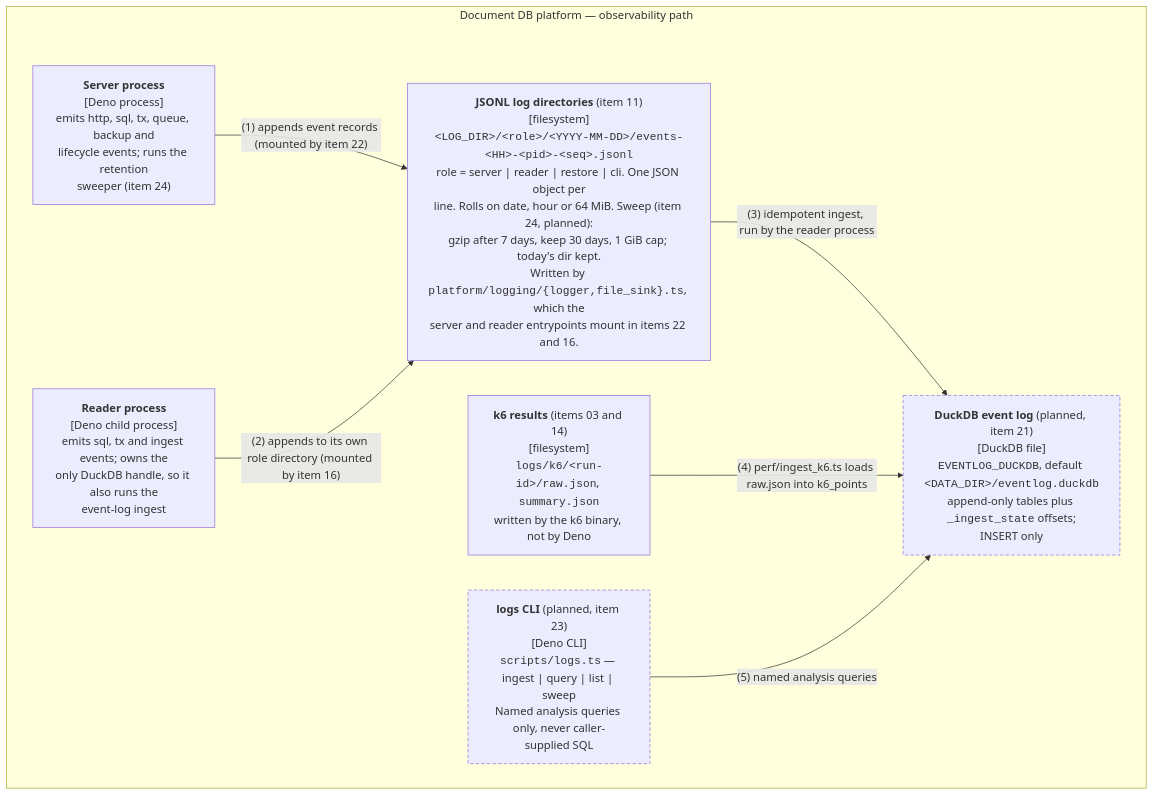
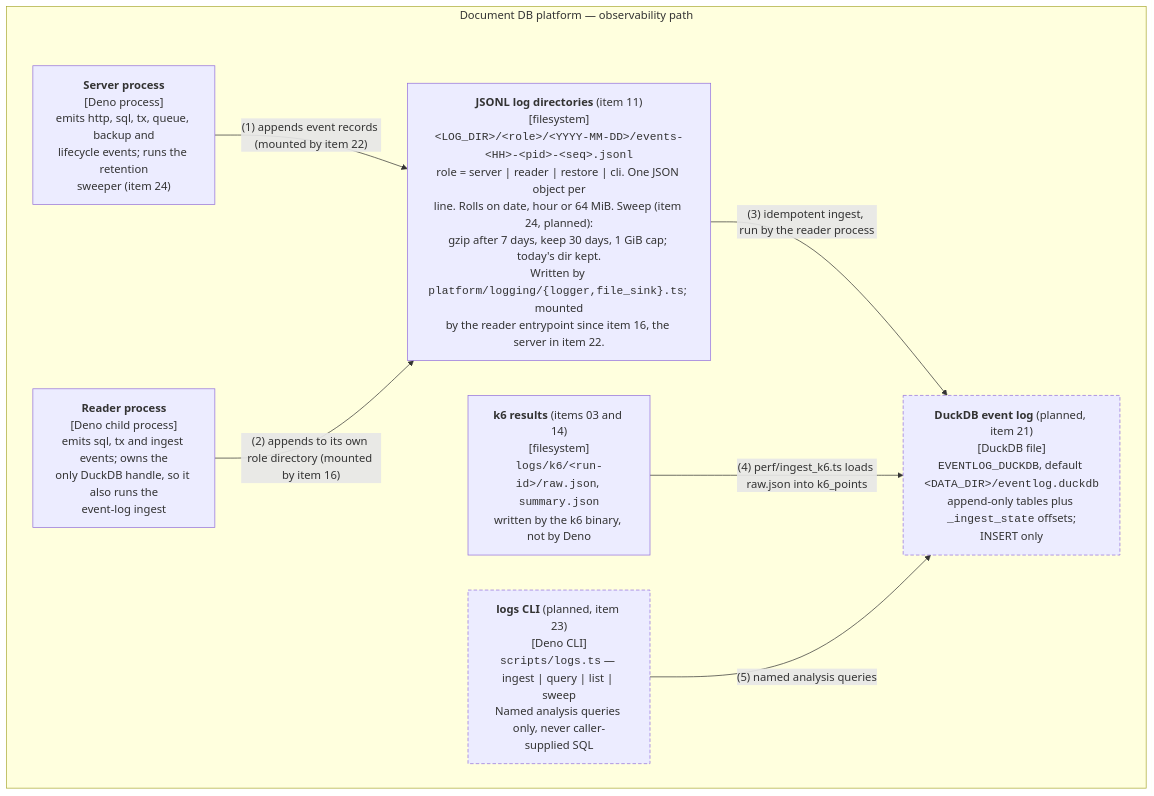
Before and after one commit to nickstrad/ts-db: the diagram in docs/architecture/c4-container-observability.github.md, drawn with Mermaid. The commit also changed other lines of this file and 9 other files, not shown here.

````diff
--- a/docs/architecture/c4-container-observability.github.md
+++ b/docs/architecture/c4-container-observability.github.md
@@ -23,20 +25,20 @@
 ```mermaid
 flowchart TB
     subgraph host["Document DB platform — observability path"]
         server["<b>Server process</b><br/>[Deno process]<br/>emits http, sql, tx, queue, backup and<br/>lifecycle events; runs the retention<br/>sweeper (item 24)"]
         reader["<b>Reader process</b><br/>[Deno child process]<br/>emits sql, tx and ingest events; owns the<br/>only DuckDB handle, so it also runs the<br/>event-log ingest"]
-        jsonl["<b>JSONL log directories</b> (item 11)<br/>[filesystem]<br/><code>&lt;LOG_DIR&gt;/&lt;role&gt;/&lt;YYYY-MM-DD&gt;/events-&lt;HH&gt;-&lt;pid&gt;-&lt;seq&gt;.jsonl</code><br/>role = server | reader | restore | cli. One JSON object per<br/>line. Rolls on date, hour or 64 MiB. Sweep (item 24, planned):<br/>gzip after 7 days, keep 30 days, 1 GiB cap; today's dir kept.<br/>Written by <code>platform/logging/{logger,file_sink}.ts</code>, which the<br/>server and reader entrypoints mount in items 22 and 16."]
+        jsonl["<b>JSONL log directories</b> (item 11)<br/>[filesystem]<br/><code>&lt;LOG_DIR&gt;/&lt;role&gt;/&lt;YYYY-MM-DD&gt;/events-&lt;HH&gt;-&lt;pid&gt;-&lt;seq&gt;.jsonl</code><br/>role = server | reader | restore | cli. One JSON object per<br/>line. Rolls on date, hour or 64 MiB. Sweep (item 24, planned):<br/>gzip after 7 days, keep 30 days, 1 GiB cap; today's dir kept.<br/>Written by <code>platform/logging/{logger,file_sink}.ts</code>; mounted<br/>by the reader entrypoint since item 16, the server in item 22."]
         k6["<b>k6 results</b> (items 03 and 14)<br/>[filesystem]<br/><code>logs/k6/&lt;run-id&gt;/raw.json</code>, <code>summary.json</code><br/>written by the k6 binary, not by Deno"]
         duck["<b>DuckDB event log</b> (planned, item 21)<br/>[DuckDB file]<br/><code>EVENTLOG_DUCKDB</code>, default <code>&lt;DATA_DIR&gt;/eventlog.duckdb</code><br/>append-only tables plus <code>_ingest_state</code> offsets;<br/>INSERT only"]
         cli["<b>logs CLI</b> (planned, item 23)<br/>[Deno CLI]<br/><code>scripts/logs.ts</code> — ingest | query | list | sweep<br/>Named analysis queries only, never caller-supplied SQL"]
     end
 
     server -->|"(1) appends event records (mounted by item 22)"| jsonl
     reader -->|"(2) appends to its own role directory (mounted by item 16)"| jsonl
     jsonl -->|"(3) idempotent ingest, run by the reader process"| duck
     k6 -->|"(4) perf/ingest_k6.ts loads raw.json into k6_points"| duck
     cli -->|"(5) named analysis queries"| duck
 
     classDef planned stroke-dasharray: 5 3
     class duck,cli planned
 ```
````
